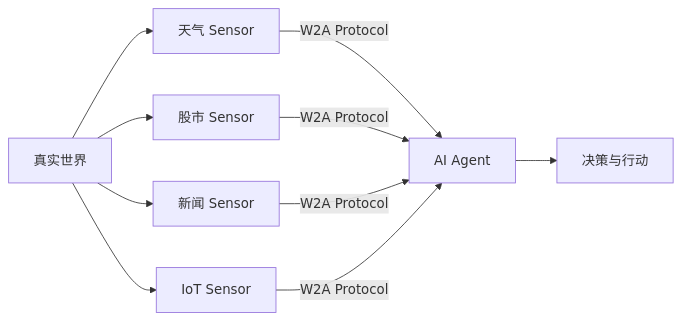
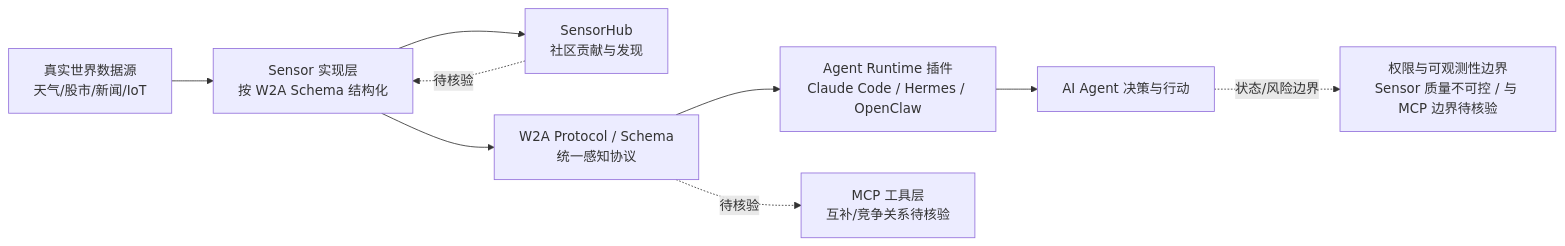
One commit to aiutil/github-researcher changed the diagram in projects/world2agent.md. Above: the diagram before and after it, drawn with Mermaid. The commit also changed other lines of this file and 939 other files, not shown here.

Commit message:
feat: add architect briefs and Mermaid project maps

````diff
--- a/projects/world2agent.md
+++ b/projects/world2agent.md
@@ -40,14 +53,11 @@
 ```mermaid
-graph LR
-    W[真实世界] --> S1[天气 Sensor]
-    W --> S2[股市 Sensor]
-    W --> S3[新闻 Sensor]
-    W --> S4[IoT Sensor]
-    
-    S1 --> |"W2A Protocol"| AGENT[AI Agent]
-    S2 --> |"W2A Protocol"| AGENT
-    S3 --> |"W2A Protocol"| AGENT
-    S4 --> |"W2A Protocol"| AGENT
-    
-    AGENT --> R[决策与行动]
+flowchart LR
+  W[真实世界数据源<br/>天气/股市/新闻/IoT] --> S[Sensor 实现层<br/>按 W2A Schema 结构化]
+  S --> H[SensorHub<br/>社区贡献与发现]
+  S --> P[W2A Protocol / Schema<br/>统一感知协议]
+  P --> R[Agent Runtime 插件<br/>Claude Code / Hermes / OpenClaw]
+  R --> A[AI Agent 决策与行动]
+  A -.状态/风险边界.-> Q[权限与可观测性边界<br/>Sensor 质量不可控 / 与 MCP 边界待核验]
+  H -.待核验.-> S
+  P -.待核验.-> M[MCP 工具层<br/>互补/竞争关系待核验]
 ```
````
